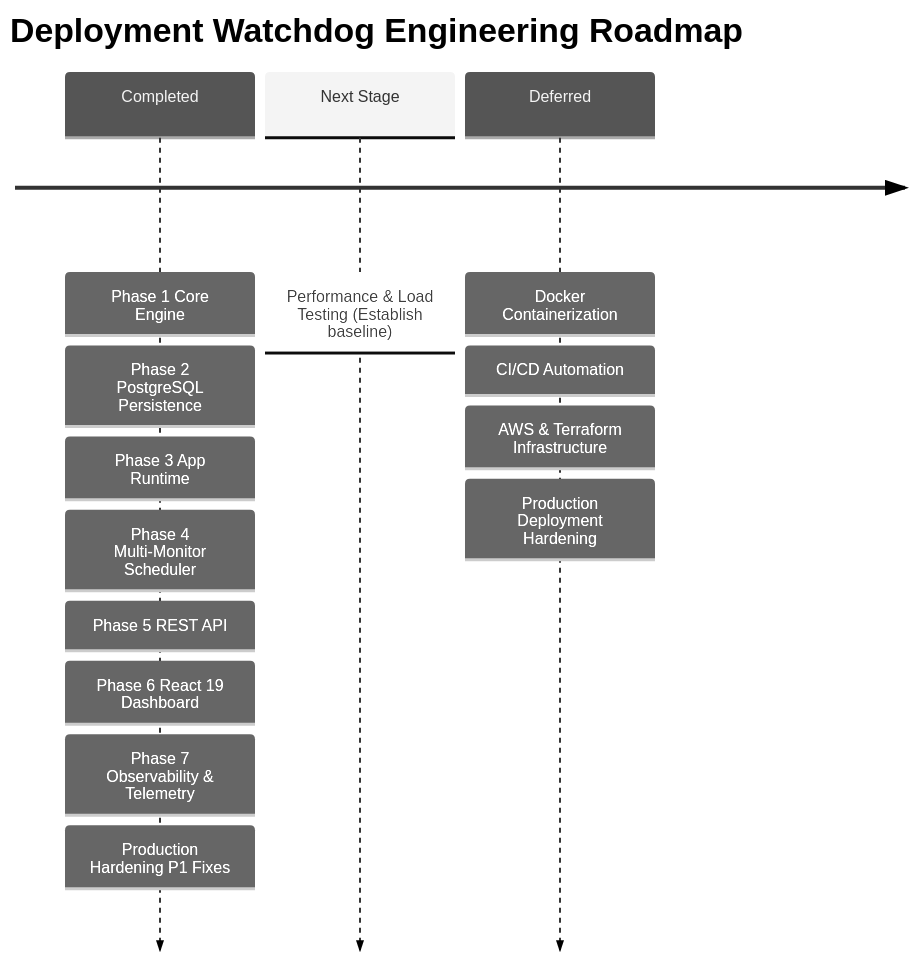
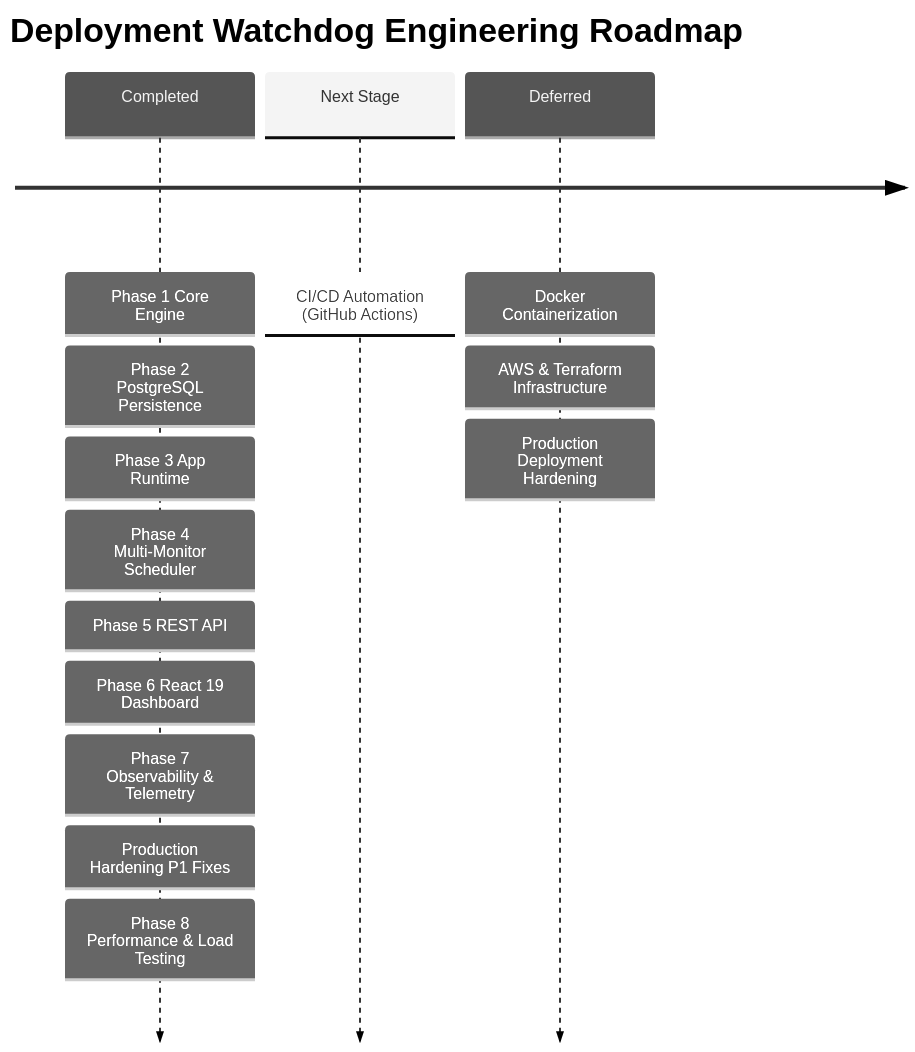
The second of 2 diagrams in README.md (chavaliadi/watchdog), drawn with Mermaid (neutral theme) before and after one commit. The commit also changed other lines of this file, not shown here.

Commit message:
docs: document Phase 8 performance benchmarks

````diff
--- a/README.md
+++ b/README.md
@@ -555,7 +623,7 @@
 ```mermaid
 timeline
     title Deployment Watchdog Engineering Roadmap
-    Completed : Phase 1 Core Engine : Phase 2 PostgreSQL Persistence : Phase 3 App Runtime : Phase 4 Multi-Monitor Scheduler : Phase 5 REST API : Phase 6 React 19 Dashboard : Phase 7 Observability & Telemetry : Production Hardening P1 Fixes
-    Next Stage : Performance & Load Testing (Establish baseline)
-    Deferred : Docker Containerization : CI/CD Automation : AWS & Terraform Infrastructure : Production Deployment Hardening
+    Completed : Phase 1 Core Engine : Phase 2 PostgreSQL Persistence : Phase 3 App Runtime : Phase 4 Multi-Monitor Scheduler : Phase 5 REST API : Phase 6 React 19 Dashboard : Phase 7 Observability & Telemetry : Production Hardening P1 Fixes : Phase 8 Performance & Load Testing
+    Next Stage : CI/CD Automation (GitHub Actions)
+    Deferred : Docker Containerization : AWS & Terraform Infrastructure : Production Deployment Hardening
 ```
````
